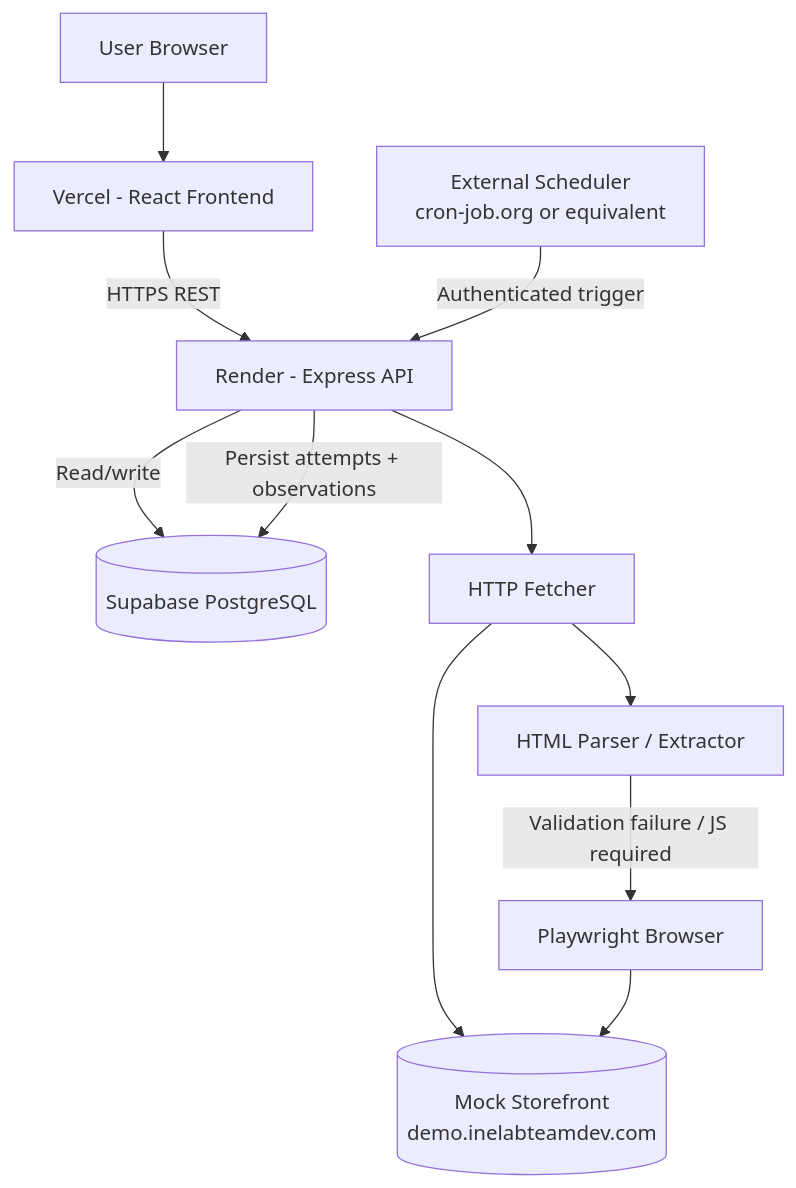
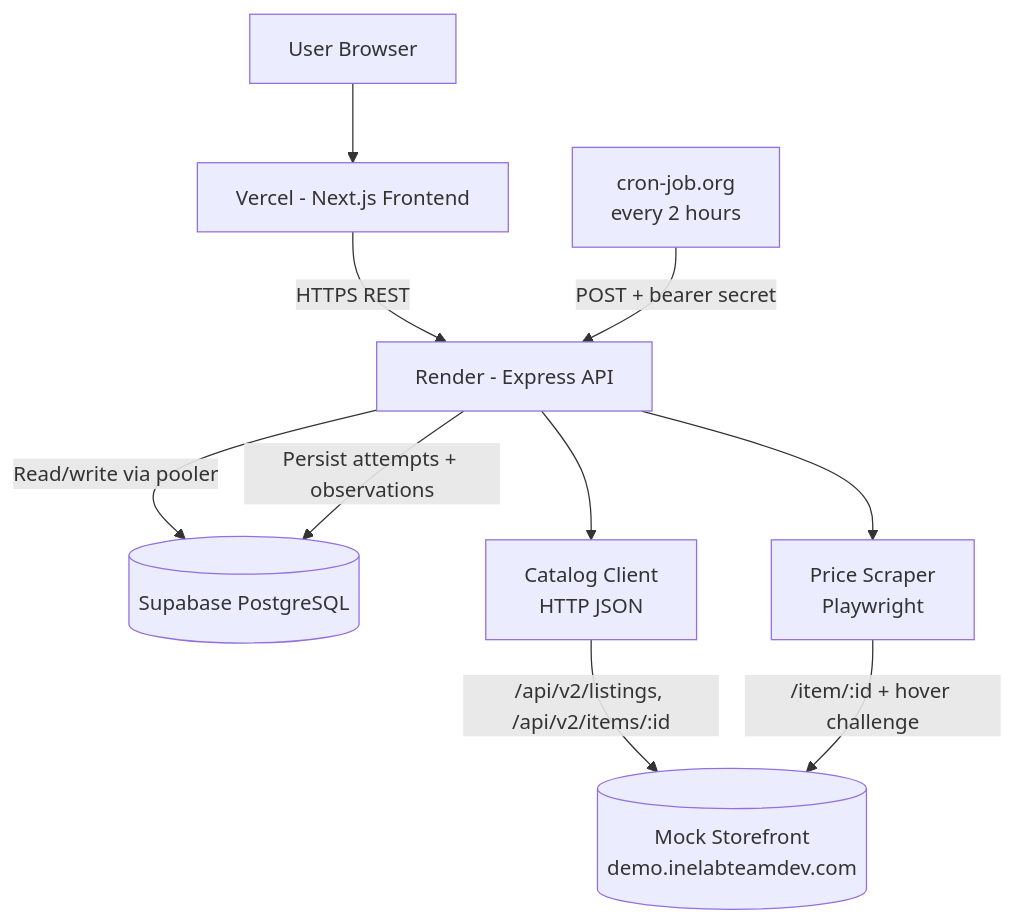
One commit to bipul724/price-tracker changed the first of 4 diagrams in docs/architecture.md. Above: the diagram before and after it, drawn with Mermaid. The commit also changed other lines of this file and 8 other files, not shown here.

````diff
--- a/docs/architecture.md
+++ b/docs/architecture.md
@@ -18,23 +18,21 @@
 ```mermaid
 flowchart TB
     U[User Browser]
-    V[Vercel - React Frontend]
+    V[Vercel - Next.js Frontend]
     A[Render - Express API]
-    S[External Scheduler\ncron-job.org or equivalent]
+    S[cron-job.org\nevery 2 hours]
     D[(Supabase PostgreSQL)]
-    HTTP[HTTP Fetcher]
-    PARSER[HTML Parser / Extractor]
-    PW[Playwright Browser]
+    CAT[Catalog Client\nHTTP JSON]
+    PW[Price Scraper\nPlaywright]
     STORE[(Mock Storefront\ndemo.inelabteamdev.com)]
 
     U --> V
     V -->|HTTPS REST| A
-    A -->|Read/write| D
-    S -->|Authenticated trigger| A
-    A --> HTTP
-    HTTP --> STORE
-    HTTP --> PARSER
-    PARSER -->|Validation failure / JS required| PW
-    PW --> STORE
+    A -->|Read/write via pooler| D
+    S -->|POST + bearer secret| A
+    A --> CAT
+    CAT -->|/api/v2/listings, /api/v2/items/:id| STORE
+    A --> PW
+    PW -->|/item/:id + hover challenge| STORE
     A -->|Persist attempts + observations| D
 ```
````
